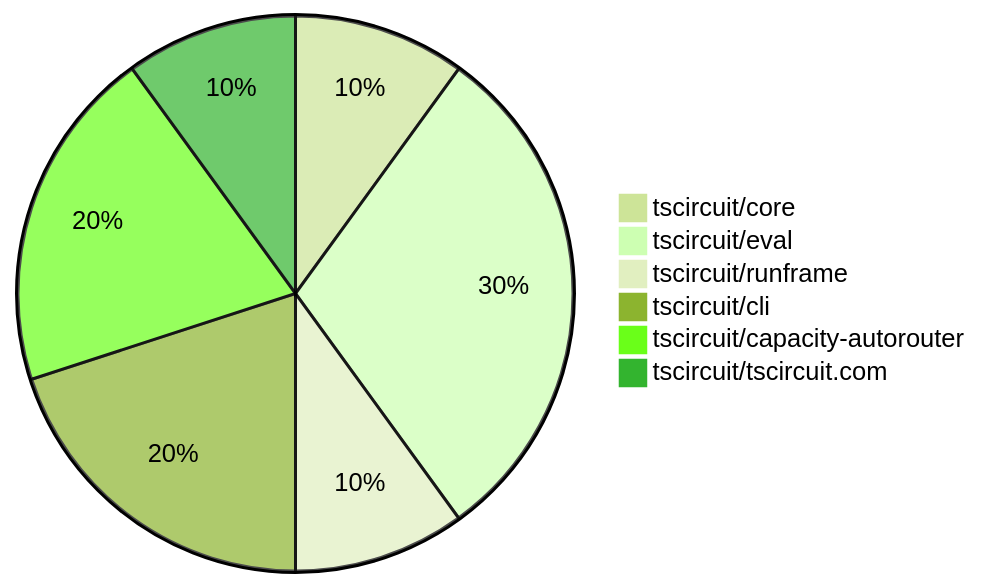
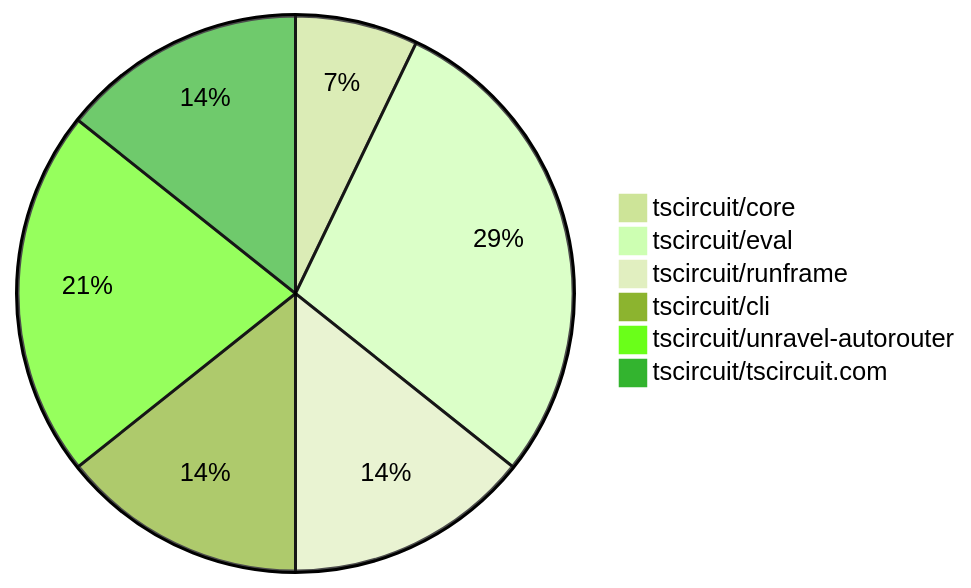
The diagram in contribution-overviews/2025-03-19.md (tscircuit/contribution-tracker), drawn with Mermaid (forest theme) before and after one commit. The commit also changed other lines of this file and 2 other files, not shown here.

````diff
--- a/contribution-overviews/2025-03-19.md
+++ b/contribution-overviews/2025-03-19.md
@@ -5,9 +5,9 @@
 ```mermaid
 pie
     "tscircuit/core" : 1
-    "tscircuit/eval" : 3
-    "tscircuit/runframe" : 1
+    "tscircuit/eval" : 4
+    "tscircuit/runframe" : 2
     "tscircuit/cli" : 2
-    "tscircuit/capacity-autorouter" : 2
-    "tscircuit/tscircuit.com" : 1
+    "tscircuit/unravel-autorouter" : 3
+    "tscircuit/tscircuit.com" : 2
 ```
````
